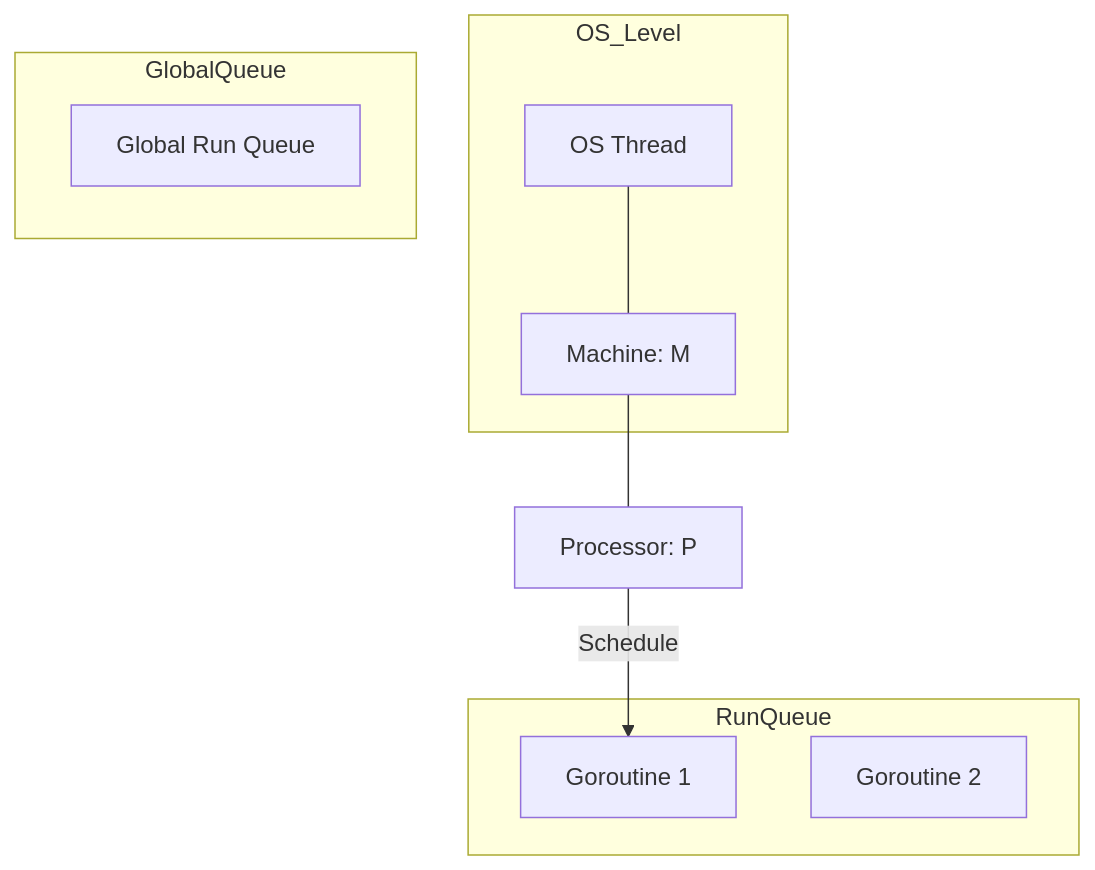
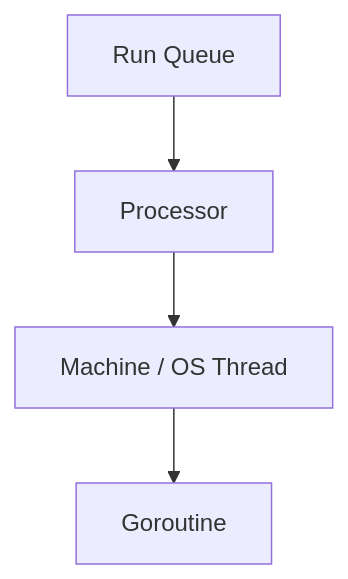
The diagram in RAK-06-compiler-runtime/SR-02-runtime-orchestration/BK-01-scheduler/CH-01_GMPModel/README.md (syahputrawork98-sketch/Golang-Knowledge-Base), drawn with Mermaid before and after one commit. The commit also changed other lines of this file and 44 other files, not shown here.

````diff
--- a/RAK-06-compiler-runtime/SR-02-runtime-orchestration/BK-01-scheduler/CH-01_GMPModel/README.md
+++ b/RAK-06-compiler-runtime/SR-02-runtime-orchestration/BK-01-scheduler/CH-01_GMPModel/README.md
@@ -29,19 +30,11 @@
 ```mermaid
 graph TD
+    G1[Goroutine]
+    P[Processor]
+    M[Machine / OS Thread]
+    GQ[Run Queue]
 
-    subgraph RunQueue
-        G1[Goroutine 1]
-        G2[Goroutine 2]
-    end
-    
-    P[Processor: P] -->|Schedule| G1
-    M[Machine: M] --- P
-    
-    subgraph OS_Level
-        T[OS Thread] --- M
-    end
-    
-    subgraph GlobalQueue
-        GQ[Global Run Queue]
-    end
+    GQ --> P
+    P --> M
+    M --> G1
 ```
````
